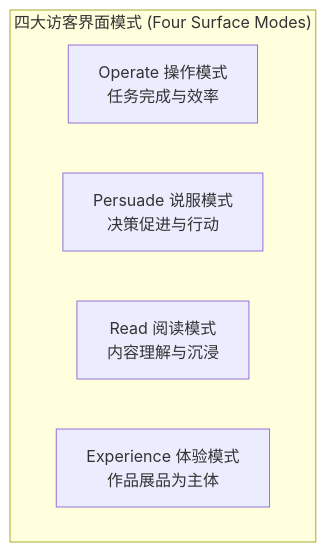
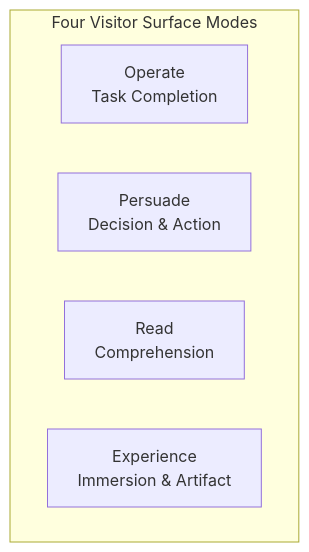
Before and after one commit to wujiit/fullstack-craft-perfection: the diagram in references/design-and-ux-craft.md, drawn with Mermaid. The commit also changed other lines of this file and 4 other files, not shown here.

````diff
--- a/references/design-and-ux-craft.md
+++ b/references/design-and-ux-craft.md
@@ -11,9 +11,9 @@
 ```mermaid
 flowchart TD
-    subgraph Modes["四大访客界面模式 (Four Surface Modes)"]
-        A["Operate 操作模式<br/>任务完成与效率"]
-        B["Persuade 说服模式<br/>决策促进与行动"]
-        C["Read 阅读模式<br/>内容理解与沉浸"]
-        D["Experience 体验模式<br/>作品展品为主体"]
+    subgraph Modes["Four Visitor Surface Modes"]
+        A["Operate<br/>Task Completion"]
+        B["Persuade<br/>Decision & Action"]
+        C["Read<br/>Comprehension"]
+        D["Experience<br/>Immersion & Artifact"]
     end
 ```
````
